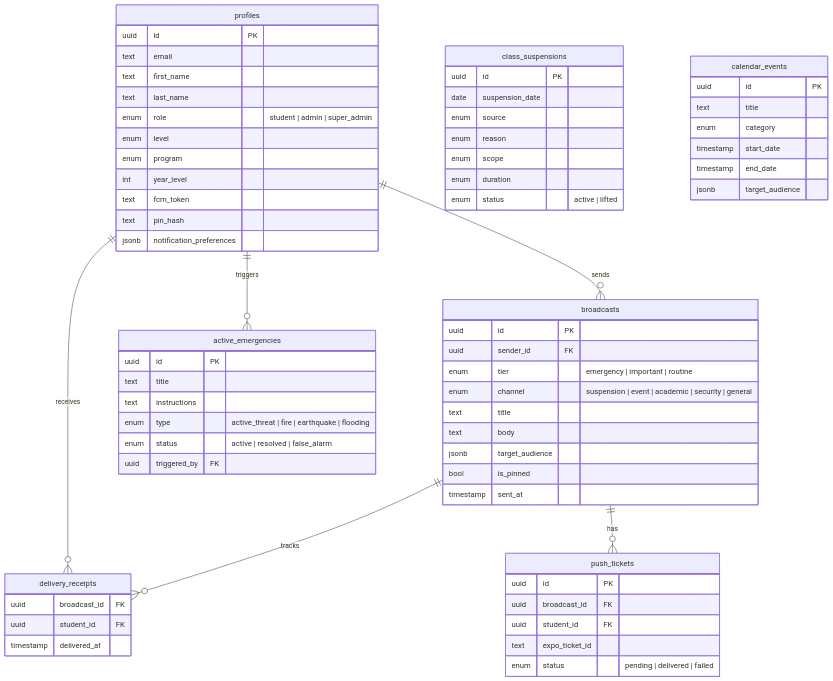
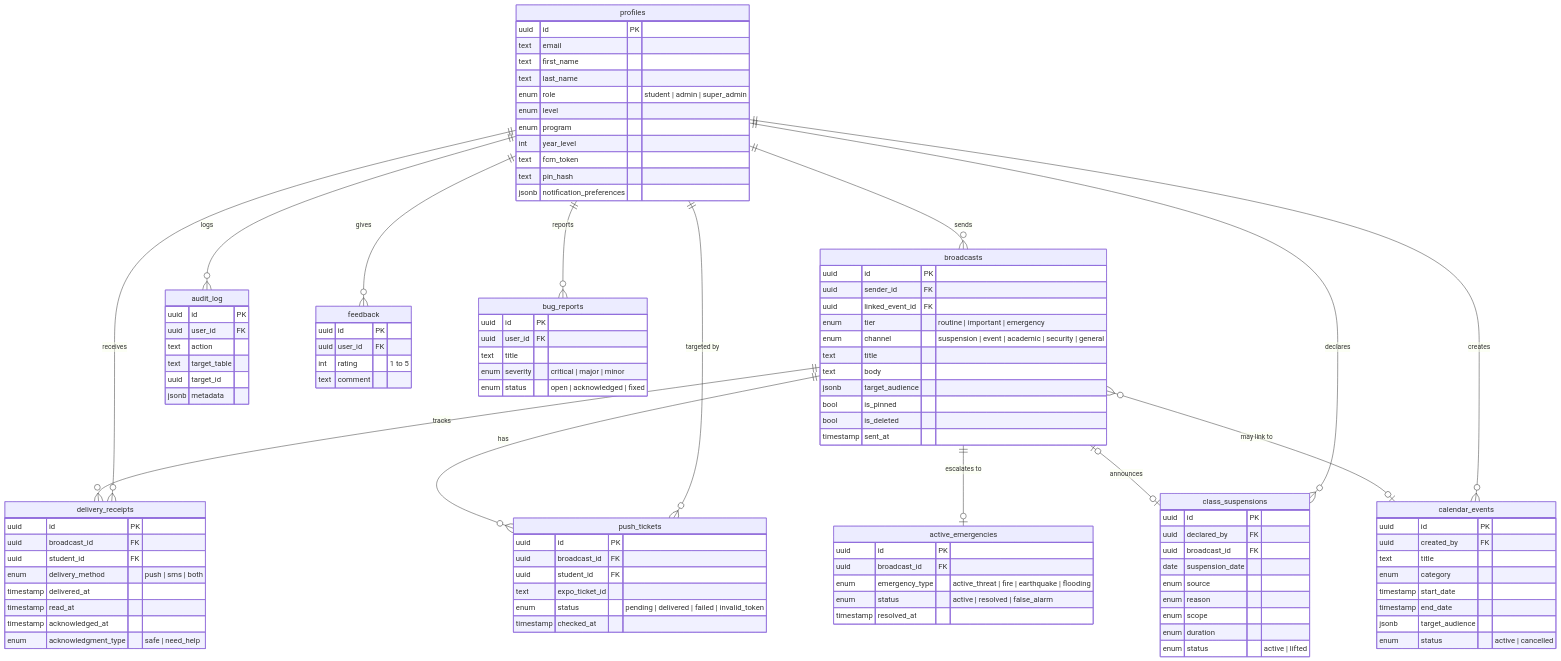
One commit to kxnn02/campus-currents changed the fourth of 4 diagrams in README.md. Above: the diagram before and after it, drawn with Mermaid. The commit also changed other lines of this file, not shown here.

````diff
--- a/README.md
+++ b/README.md
@@ -248,4 +271,5 @@
 ```mermaid
+%%{init: {'er': {'layoutDirection': 'TB', 'fontSize': 11, 'diagramPadding': 8, 'entityPadding': 8, 'minEntityWidth': 80, 'minEntityHeight': 32}}}%%
 erDiagram
     profiles {
         uuid id PK
@@ -264,17 +288,21 @@
     broadcasts {
         uuid id PK
         uuid sender_id FK
-        enum tier "emergency | important | routine"
+        uuid linked_event_id FK
+        enum tier "routine | important | emergency"
         enum channel "suspension | event | academic | security | general"
         text title
         text body
         jsonb target_audience
         bool is_pinned
+        bool is_deleted
         timestamp sent_at
     }
 
     class_suspensions {
         uuid id PK
+        uuid declared_by FK
+        uuid broadcast_id FK
         date suspension_date
         enum source
         enum reason
@@ -285,26 +313,32 @@
 
     calendar_events {
         uuid id PK
+        uuid created_by FK
         text title
         enum category
         timestamp start_date
         timestamp end_date
         jsonb target_audience
+        enum status "active | cancelled"
     }
 
     active_emergencies {
         uuid id PK
-        text title
-        text instructions
-        enum type "active_threat | fire | earthquake | flooding"
+        uuid broadcast_id FK
+        enum emergency_type "active_threat | fire | earthquake | flooding"
         enum status "active | resolved | false_alarm"
-        uuid triggered_by FK
+        timestamp resolved_at
     }
 
     delivery_receipts {
+        uuid id PK
         uuid broadcast_id FK
         uuid student_id FK
+        enum delivery_method "push | sms | both"
         timestamp delivered_at
+        timestamp read_at
+        timestamp acknowledged_at
+        enum acknowledgment_type "safe | need_help"
     }
 
     push_tickets {
@@ -312,12 +346,45 @@
         uuid broadcast_id FK
         uuid student_id FK
         text expo_ticket_id
-        enum status "pending | delivered | failed"
+        enum status "pending | delivered | failed | invalid_token"
+        timestamp checked_at
+    }
+
+    audit_log {
+        uuid id PK
+        uuid user_id FK
+        text action
+        text target_table
+        uuid target_id
+        jsonb metadata
+    }
+
+    feedback {
+        uuid id PK
+        uuid user_id FK
+        int rating "1 to 5"
+        text comment
+    }
+
+    bug_reports {
+        uuid id PK
+        uuid user_id FK
+        text title
+        enum severity "critical | major | minor"
+        enum status "open | acknowledged | fixed"
     }
 
     profiles ||--o{ broadcasts : "sends"
     profiles ||--o{ delivery_receipts : "receives"
+    profiles ||--o{ push_tickets : "targeted by"
+    profiles ||--o{ class_suspensions : "declares"
+    profiles ||--o{ calendar_events : "creates"
+    profiles ||--o{ audit_log : "logs"
+    profiles ||--o{ feedback : "gives"
+    profiles ||--o{ bug_reports : "reports"
     broadcasts ||--o{ delivery_receipts : "tracks"
     broadcasts ||--o{ push_tickets : "has"
-    profiles ||--o{ active_emergencies : "triggers"
+    broadcasts |o--o| class_suspensions : "announces"
+    broadcasts }o--o| calendar_events : "may link to"
+    broadcasts ||--o| active_emergencies : "escalates to"
 ```
````
